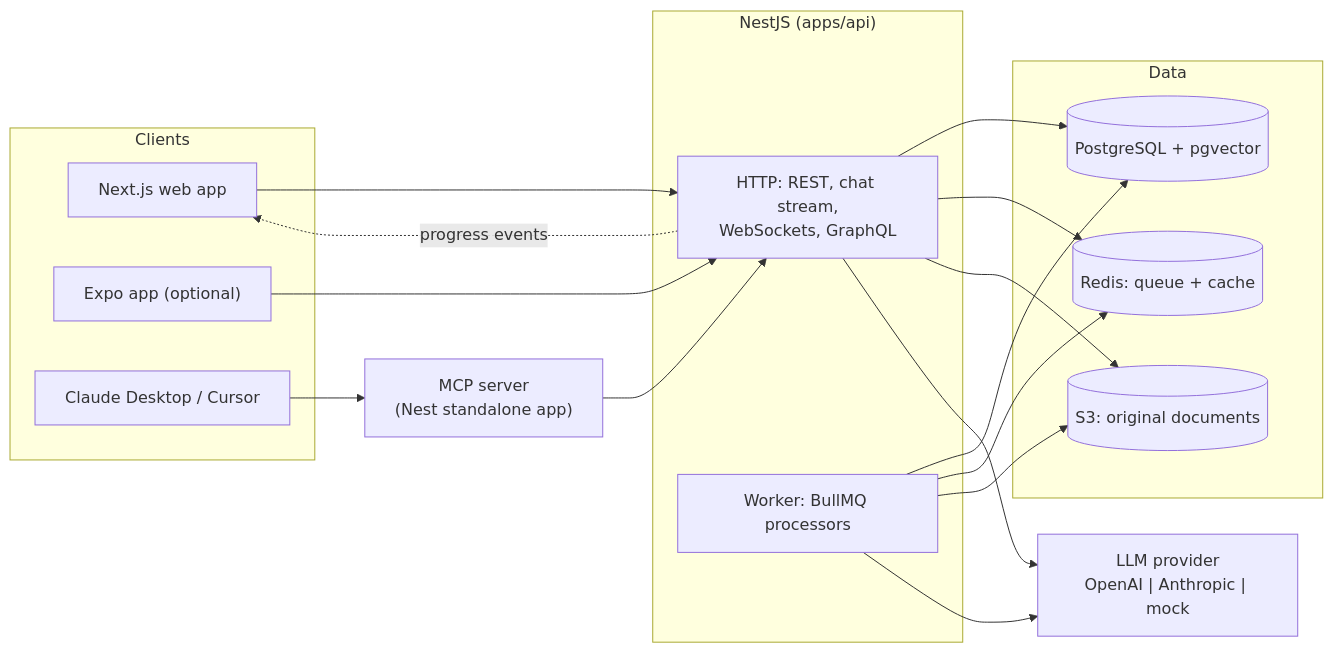
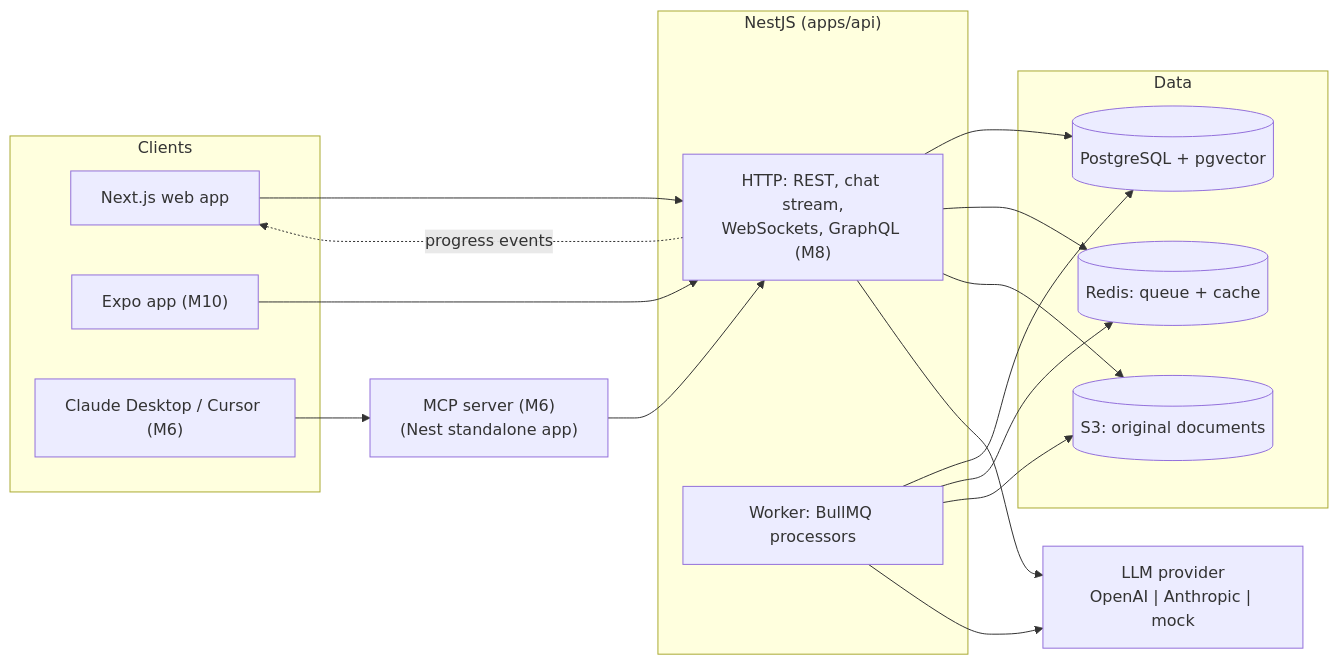
Before and after one commit to cavini/docpilot: the diagram in README.md, drawn with Mermaid. The commit also changed other lines of this file and 4 other files, not shown here.

````diff
--- a/README.md
+++ b/README.md
@@ -50,30 +60,30 @@
 ```mermaid
 flowchart LR
     subgraph clients [Clients]
         web["Next.js web app"]
-        mobile["Expo app (optional)"]
-        editor["Claude Desktop / Cursor"]
+        mobile["Expo app (M10)"]
+        editor["Claude Desktop / Cursor (M6)"]
     end
 
     subgraph backend ["NestJS (apps/api)"]
-        http["HTTP: REST, chat stream,<br/>WebSockets, GraphQL"]
+        http["HTTP: REST, chat stream,<br/>WebSockets, GraphQL (M8)"]
         worker["Worker: BullMQ processors"]
     end
 
-    mcp["MCP server<br/>(Nest standalone app)"]
+    mcp["MCP server (M6)<br/>(Nest standalone app)"]
 
     subgraph data [Data]
         pg[("PostgreSQL + pgvector")]
         redis[("Redis: queue + cache")]
         s3[("S3: original documents")]
     end
 
     llm["LLM provider<br/>OpenAI | Anthropic | mock"]
 
     web --> http
     mobile --> http
     editor --> mcp --> http
     http --> pg & redis & s3 & llm
     worker --> pg & redis & s3 & llm
     http -. "progress events" .-> web
 ```
````
